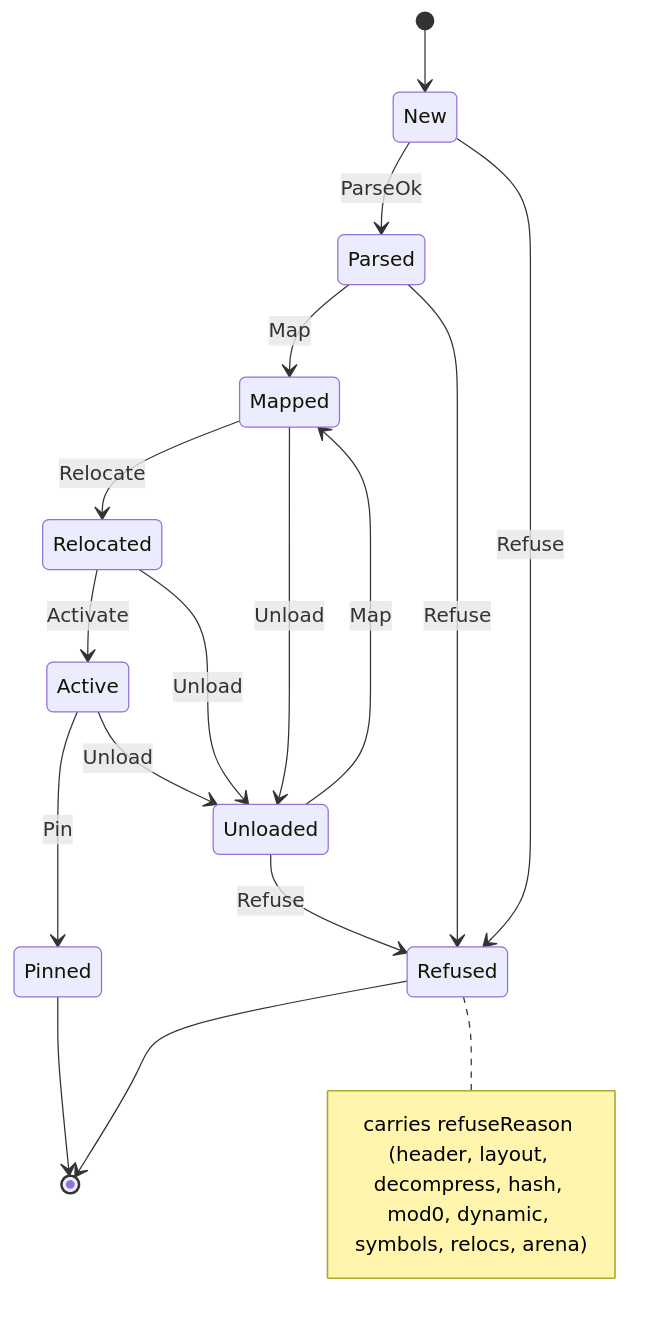
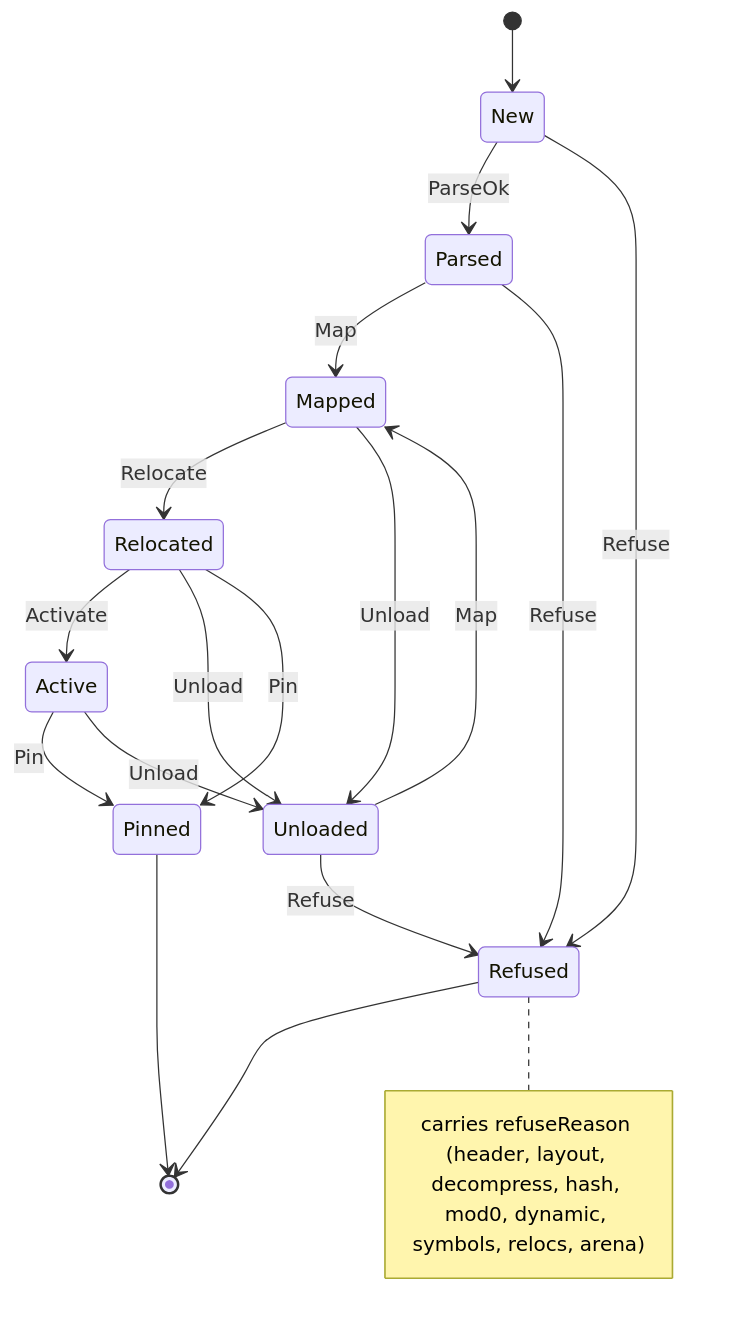
The diagram in docs/machines/module.md (lambda-run/nxweb), drawn with Mermaid before and after one commit. The commit also changed other lines of this file and 20 other files, not shown here.

````diff
--- a/docs/machines/module.md
+++ b/docs/machines/module.md
@@ -7,19 +7,20 @@
 ```mermaid
 stateDiagram-v2
     [*] --> New
     New --> Parsed: ParseOk
     New --> Refused: Refuse
     Parsed --> Mapped: Map
     Parsed --> Refused: Refuse
     Mapped --> Relocated: Relocate
     Mapped --> Unloaded: Unload
     Relocated --> Active: Activate
     Relocated --> Unloaded: Unload
+    Relocated --> Pinned: Pin
     Active --> Pinned: Pin
     Active --> Unloaded: Unload
     Unloaded --> Mapped: Map
     Unloaded --> Refused: Refuse
     Pinned --> [*]
     Refused --> [*]
     note right of Refused: carries refuseReason (header, layout, decompress, hash, mod0, dynamic, symbols, relocs, arena)
 ```
````
